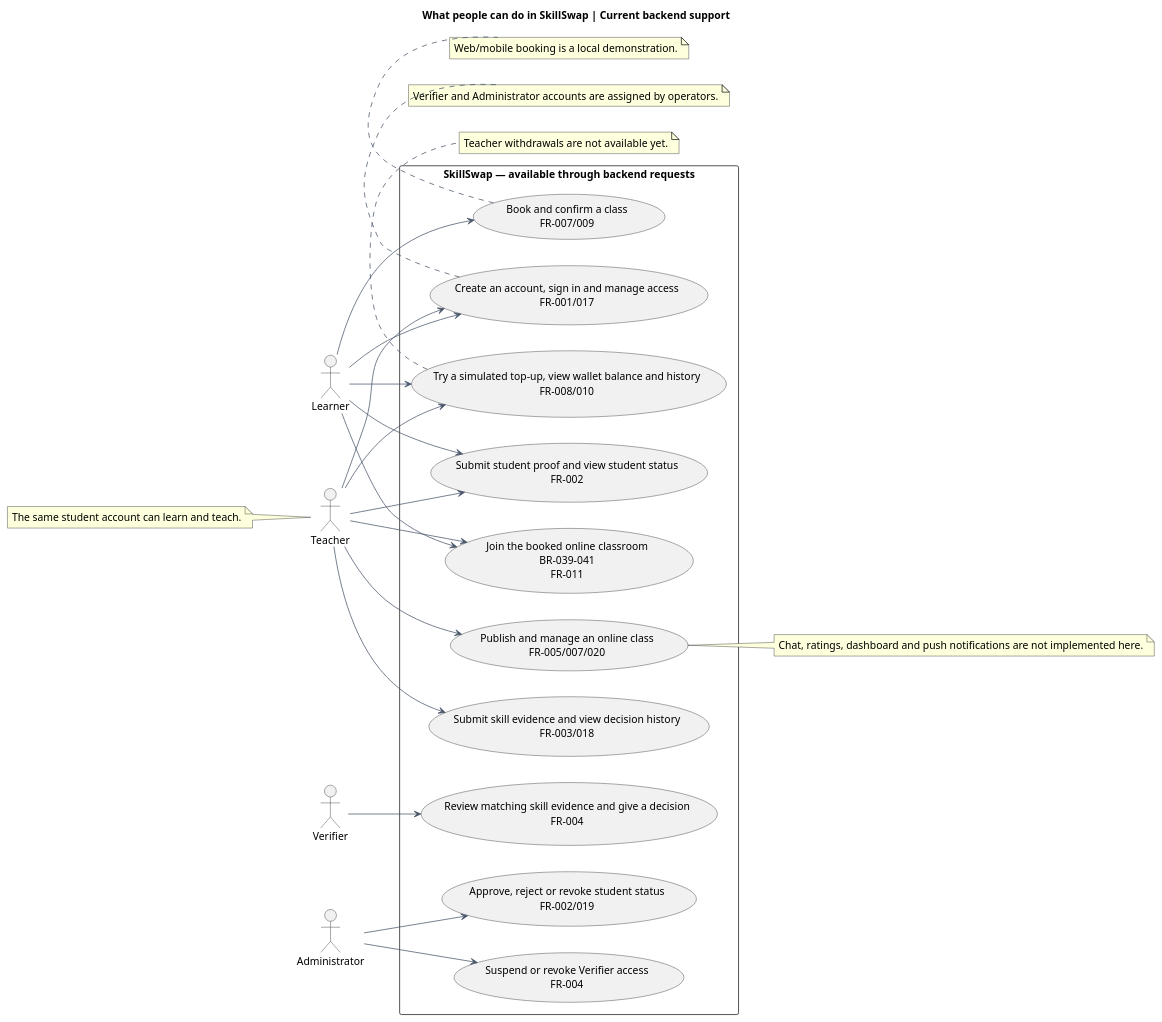
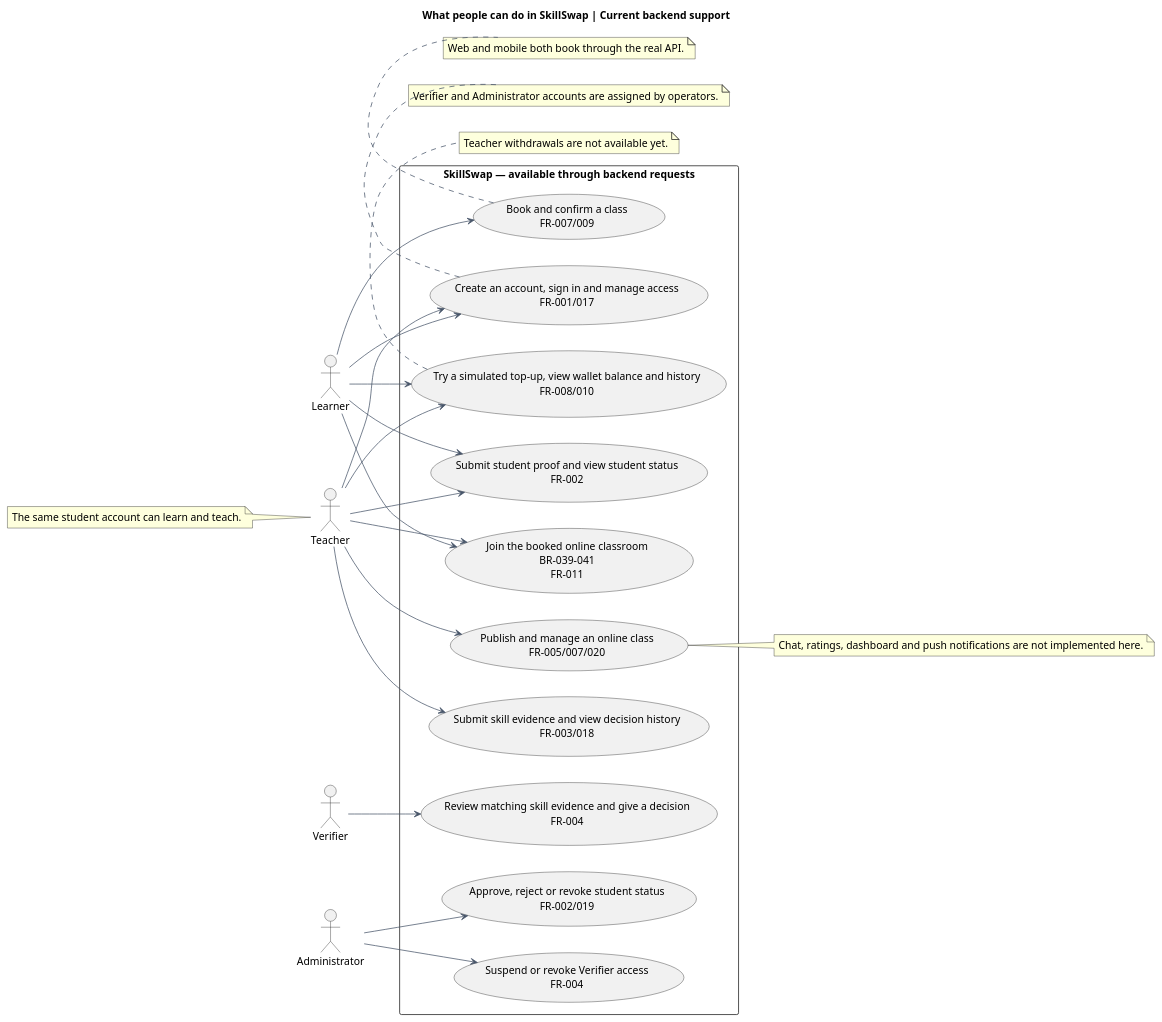
One commit to trankien022/SkillSwap changed the diagram in docs/diagrams/checkpoint/source/use-cases.puml. Above: the diagram before and after it, drawn with PlantUML. The commit also changed 165 other files, not shown here.

First line of the commit message:
feat: midterm presentation readiness — fix both Expo Web blockers, close client parity gaps (#84)

```diff
--- a/docs/diagrams/checkpoint/source/use-cases.puml
+++ b/docs/diagrams/checkpoint/source/use-cases.puml
@@ -1,50 +1,50 @@
 @startuml
 title What people can do in SkillSwap | Current backend support
 skinparam backgroundColor #FFFFFF
 skinparam shadowing false
 skinparam defaultFontName Arial
 skinparam defaultFontSize 14
 skinparam ArrowColor #475569
 skinparam sequenceParticipantBackgroundColor #F1F5F9
 skinparam sequenceParticipantBorderColor #475569
 skinparam activityBackgroundColor #F1F5F9
 skinparam activityBorderColor #475569
 skinparam stateBackgroundColor #F1F5F9
 skinparam stateBorderColor #475569
 left to right direction
 actor "Learner" as L
 actor "Teacher" as T
 actor "Verifier" as V
 actor "Administrator" as A
 rectangle "SkillSwap — available through backend requests" {
  usecase "Create an account, sign in and manage access\nFR-001/017" as AUTH
  usecase "Submit student proof and view student status\nFR-002" as STUDENT
  usecase "Approve, reject or revoke student status\nFR-002/019" as REVIEW
  usecase "Submit skill evidence and view decision history\nFR-003/018" as EVIDENCE
  usecase "Review matching skill evidence and give a decision\nFR-004" as SKILL
  usecase "Publish and manage an online class\nFR-005/007/020" as CLASS
  usecase "Book and confirm a class\nFR-007/009" as BOOK
  usecase "Try a simulated top-up, view wallet balance and history\nFR-008/010" as WALLET
  usecase "Join the booked online classroom\nBR-039–041\nFR-011" as ROOM
  usecase "Suspend or revoke Verifier access\nFR-004" as VERIFIER
 }
 L --> AUTH
 T --> AUTH
 L --> STUDENT
 T --> STUDENT
 A --> REVIEW
 T --> EVIDENCE
 V --> SKILL
 T --> CLASS
 L --> BOOK
 L --> WALLET
 T --> WALLET
 L --> ROOM
 T --> ROOM
 A --> VERIFIER
-note bottom of BOOK: Web/mobile booking is a local demonstration.
+note bottom of BOOK: Web and mobile both book through the real API.
 note bottom of AUTH: Verifier and Administrator accounts are assigned by operators.
 note bottom of WALLET: Teacher withdrawals are not available yet.
 note left of T: The same student account can learn and teach.
 note right of CLASS: Chat, ratings, dashboard and push notifications are not implemented here.
 @enduml
```
